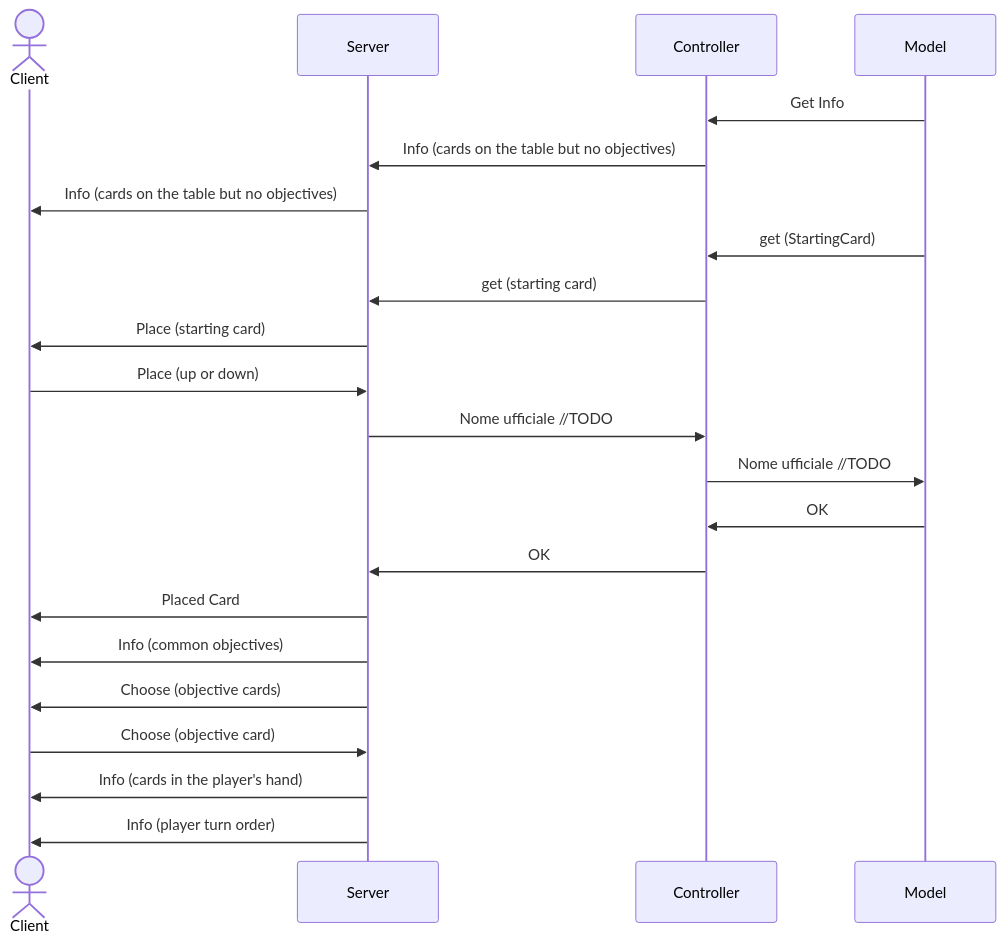
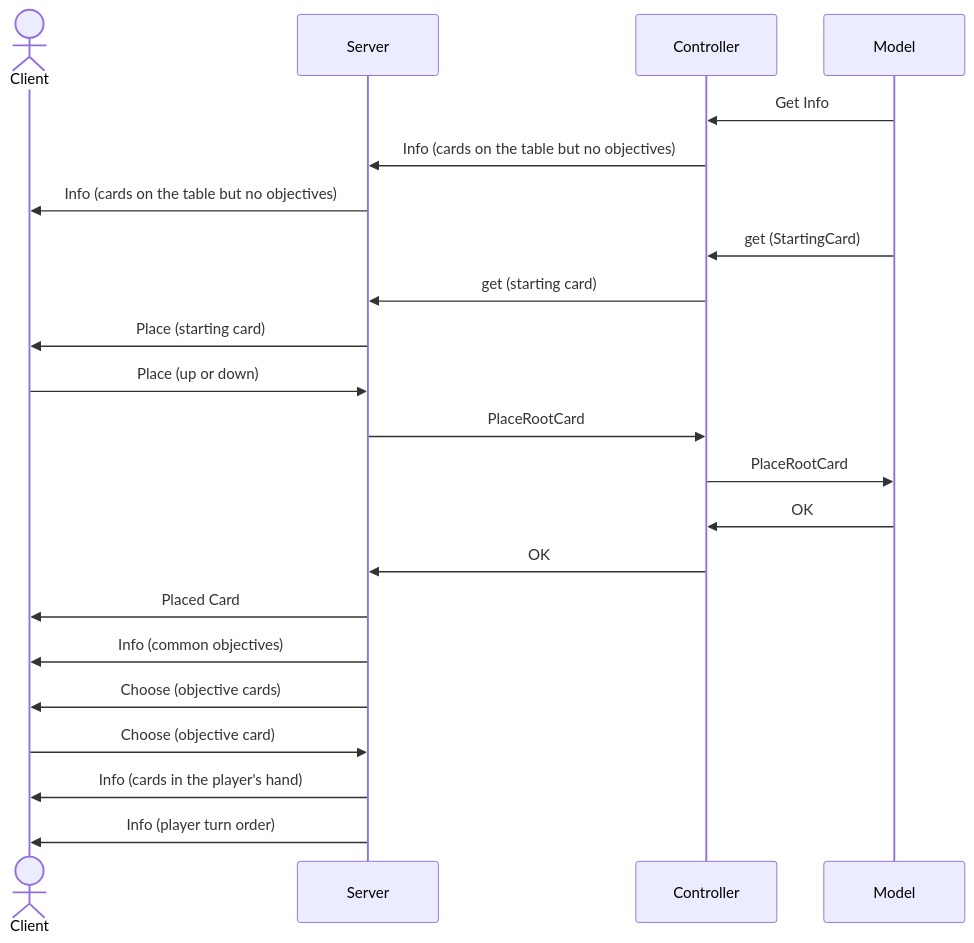
One commit to TheCaptainCraken/IS24-AM26 changed the second of 4 diagrams in deliverables/connection-serius.md. Above: the diagram before and after it, drawn with Mermaid. The commit also changed other lines of this file, not shown here.

Commit message:
update of uml

````diff
--- a/deliverables/connection-serius.md
+++ b/deliverables/connection-serius.md
@@ -52,28 +52,28 @@
 ```mermaid
 sequenceDiagram
     actor Client
     participant Server
     participant Controller
     participant Model
     Model ->> Controller: Get Info
     Controller ->> Server: Info (cards on the table but no objectives)
     
     Server ->> Client: Info (cards on the table but no objectives)
     Model ->> Controller: get (StartingCard)
     Controller ->> Server: get (starting card)
     Server ->> Client: Place (starting card)
     
     Client ->> Server: Place (up or down)
-    Server ->> Controller: Nome ufficiale //TODO
-    Controller ->> Model: Nome ufficiale //TODO
+    Server ->> Controller: PlaceRootCard 
+    Controller ->> Model: PlaceRootCard 
     
     Model ->> Controller: OK
     Controller ->> Server: OK
     Server ->> Client: Placed Card
     
     Server ->> Client: Info (common objectives)
     Server ->> Client: Choose (objective cards)
     Client ->> Server: Choose (objective card)
     Server ->> Client: Info (cards in the player's hand)
     Server ->> Client: Info (player turn order)
 ```
````
